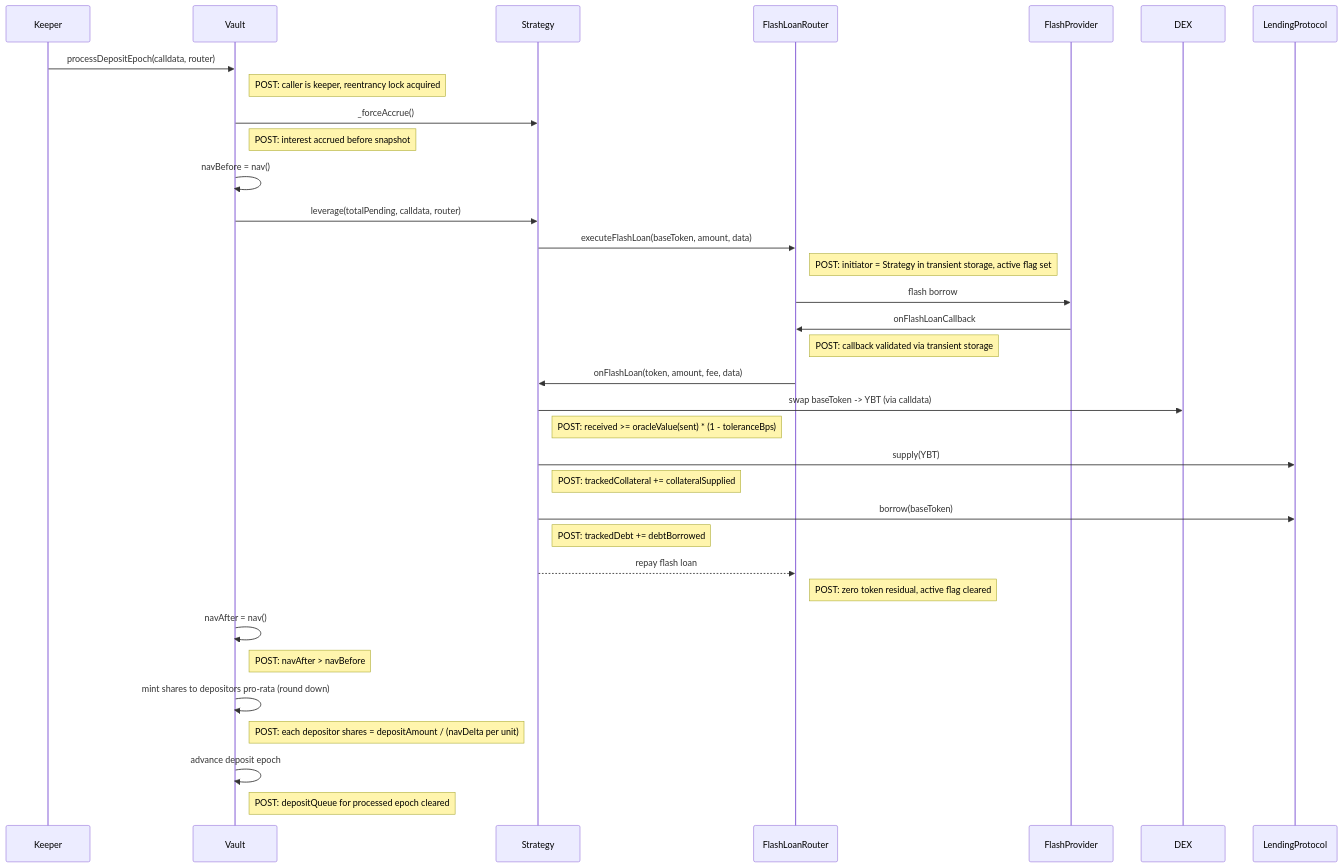
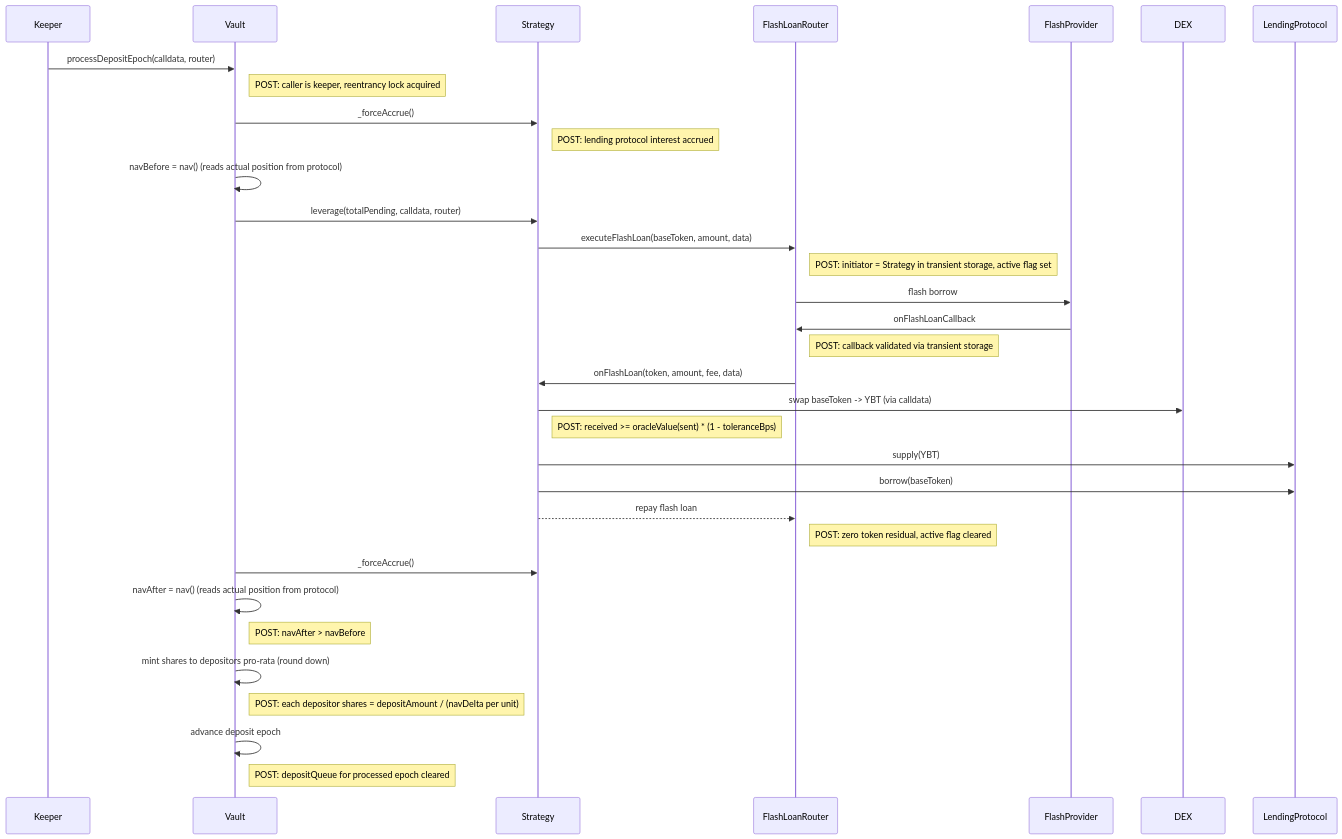
The third of 16 diagrams in docs/architecture/call-diagrams.md (evgenynacu/leverage-vaults), drawn with Mermaid before and after one commit. The commit also changed other lines of this file and 9 other files, not shown here.

````diff
--- a/docs/architecture/call-diagrams.md
+++ b/docs/architecture/call-diagrams.md
@@ -31,29 +31,28 @@
 ```mermaid
 sequenceDiagram
     Keeper->>Vault: processDepositEpoch(calldata, router)
     note right of Vault: POST: caller is keeper, reentrancy lock acquired
     Vault->>Strategy: _forceAccrue()
-    note right of Vault: POST: interest accrued before snapshot
-    Vault->>Vault: navBefore = nav()
+    note right of Strategy: POST: lending protocol interest accrued
+    Vault->>Vault: navBefore = nav() (reads actual position from protocol)
     Vault->>Strategy: leverage(totalPending, calldata, router)
     Strategy->>FlashLoanRouter: executeFlashLoan(baseToken, amount, data)
     note right of FlashLoanRouter: POST: initiator = Strategy in transient storage, active flag set
     FlashLoanRouter->>FlashProvider: flash borrow
     FlashProvider->>FlashLoanRouter: onFlashLoanCallback
     note right of FlashLoanRouter: POST: callback validated via transient storage
     FlashLoanRouter->>Strategy: onFlashLoan(token, amount, fee, data)
     Strategy->>DEX: swap baseToken -> YBT (via calldata)
     note right of Strategy: POST: received >= oracleValue(sent) * (1 - toleranceBps)
     Strategy->>LendingProtocol: supply(YBT)
-    note right of Strategy: POST: trackedCollateral += collateralSupplied
     Strategy->>LendingProtocol: borrow(baseToken)
-    note right of Strategy: POST: trackedDebt += debtBorrowed
     Strategy-->>FlashLoanRouter: repay flash loan
     note right of FlashLoanRouter: POST: zero token residual, active flag cleared
-    Vault->>Vault: navAfter = nav()
+    Vault->>Strategy: _forceAccrue()
+    Vault->>Vault: navAfter = nav() (reads actual position from protocol)
     note right of Vault: POST: navAfter > navBefore
     Vault->>Vault: mint shares to depositors pro-rata (round down)
     note right of Vault: POST: each depositor shares = depositAmount / (navDelta per unit)
     Vault->>Vault: advance deposit epoch
     note right of Vault: POST: depositQueue for processed epoch cleared
 ```
````
